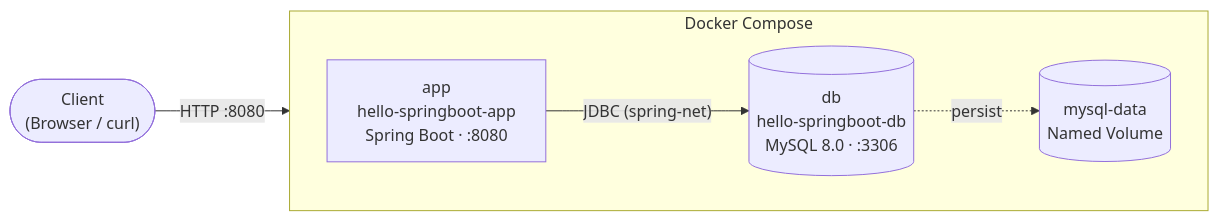
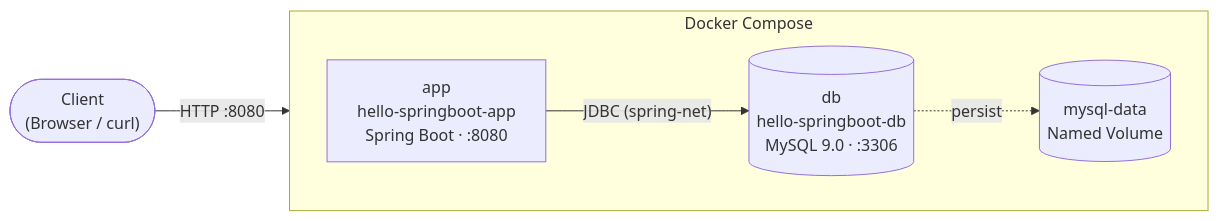
The diagram in README.md (stelladream/hello-springboot), drawn with Mermaid before and after one commit. The commit also changed other lines of this file and 4 other files, not shown here.

````diff
--- a/README.md
+++ b/README.md
@@ -15,16 +15,16 @@
 ```mermaid
 graph LR
     Client(["Client\n(Browser / curl)"])
 
     subgraph Docker["Docker Compose"]
         direction LR
         App["app\nhello-springboot-app\nSpring Boot · :8080"]
-        DB[("db\nhello-springboot-db\nMySQL 8.0 · :3306")]
+        DB[("db\nhello-springboot-db\nMySQL 9.0 · :3306")]
         Vol[("mysql-data\nNamed Volume")]
 
         App -- "JDBC (spring-net)" --> DB
         DB -. "persist" .-> Vol
     end
 
     Client -- "HTTP :8080" --> App
 ```
````
